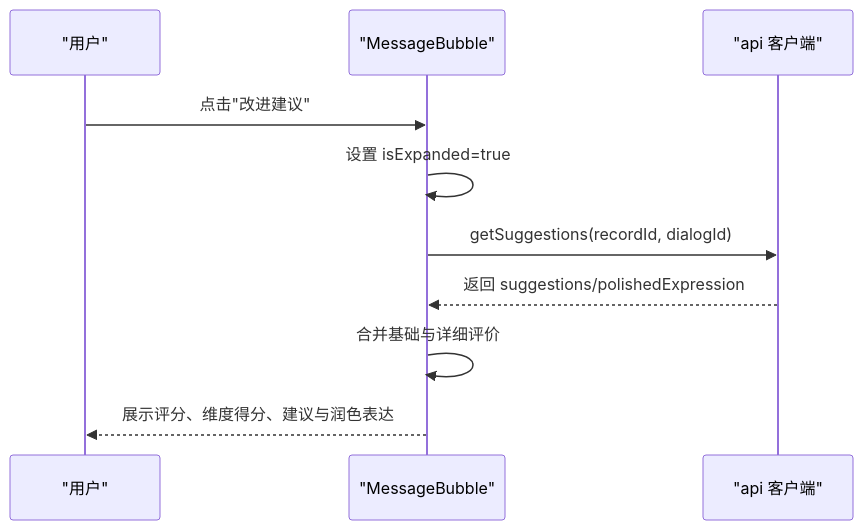
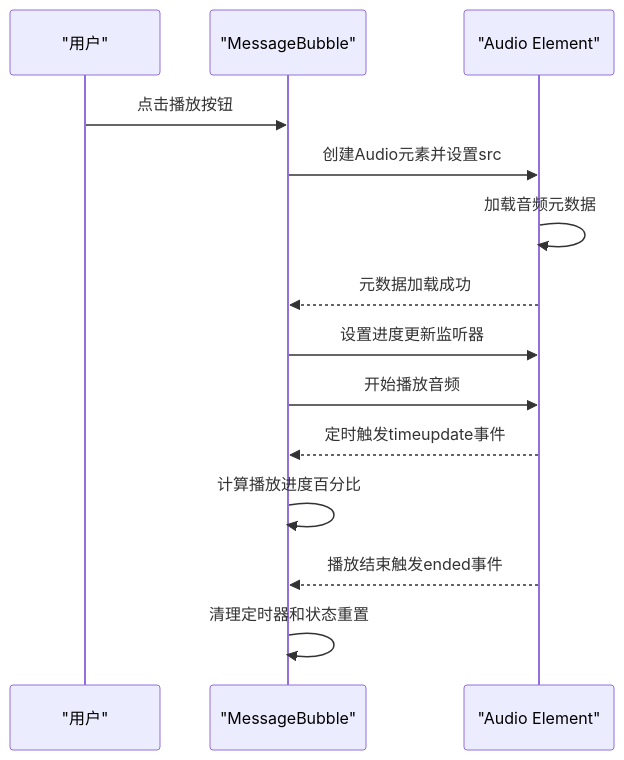
The third of 5 diagrams in .qoder/repowiki/zh/content/前端系统/聊天界面系统/聊天界面系统.md (hbxfhrg/deer-flow), drawn with Mermaid before and after one commit. The commit also changed other lines of this file and 4 other files, not shown here.

````diff
--- a/.qoder/repowiki/zh/content/前端系统/聊天界面系统/聊天界面系统.md
+++ b/.qoder/repowiki/zh/content/前端系统/聊天界面系统/聊天界面系统.md
@@ -130,12 +134,16 @@
 ```mermaid
 sequenceDiagram
 participant U as "用户"
 participant MB as "MessageBubble"
-participant API as "api 客户端"
-U->>MB : 点击"改进建议"
-MB->>MB : 设置 isExpanded=true
-MB->>API : getSuggestions(recordId, dialogId)
-API-->>MB : 返回 suggestions/polishedExpression
-MB->>MB : 合并基础与详细评价
-MB-->>U : 展示评分、维度得分、建议与润色表达
+participant AE as "Audio Element"
+U->>MB : 点击播放按钮
+MB->>AE : 创建Audio元素并设置src
+AE->>AE : 加载音频元数据
+AE-->>MB : 元数据加载成功
+MB->>AE : 设置进度更新监听器
+MB->>AE : 开始播放音频
+AE-->>MB : 定时触发timeupdate事件
+MB->>MB : 计算播放进度百分比
+AE-->>MB : 播放结束触发ended事件
+MB->>MB : 清理定时器和状态重置
 ```
````
